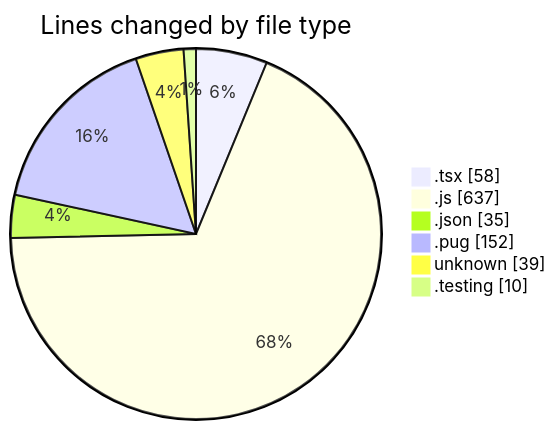
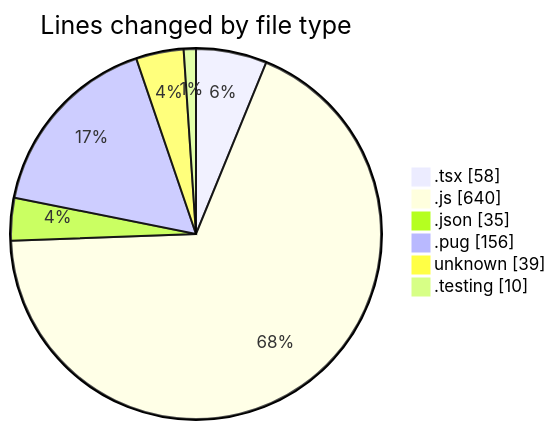
Before and after one commit to momahboobian/code-tracking: the first of 2 diagrams in 2025-03-07/cda/README.md, drawn with Mermaid. The commit also changed other lines of this file and 1 other file, not shown here.

````diff
--- a/2025-03-07/cda/README.md
+++ b/2025-03-07/cda/README.md
@@ -27,10 +27,10 @@
 ```mermaid
 pie showData
 title Lines changed by file type
 ".tsx" : 58
-".js" : 637
+".js" : 640
 ".json" : 35
-".pug" : 152
+".pug" : 156
 "unknown" : 39
 ".testing" : 10
 ```
````
